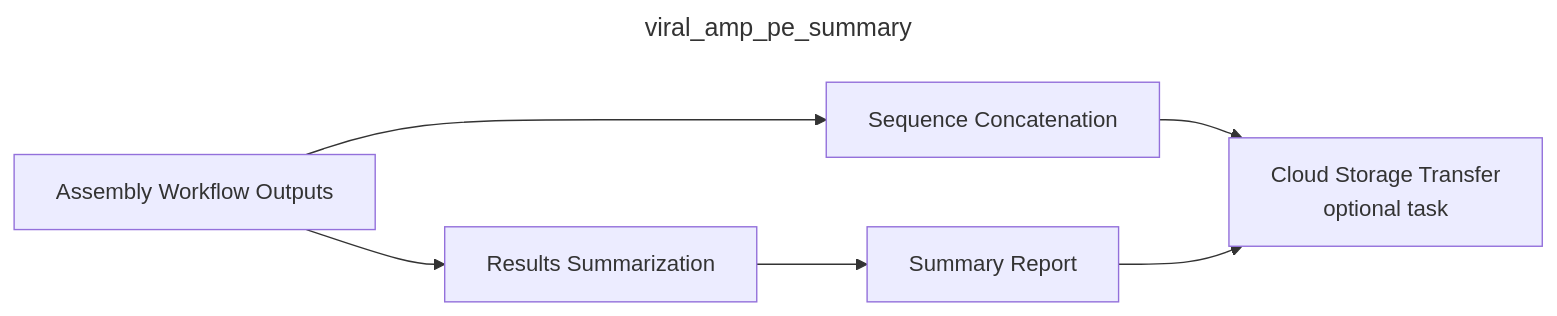
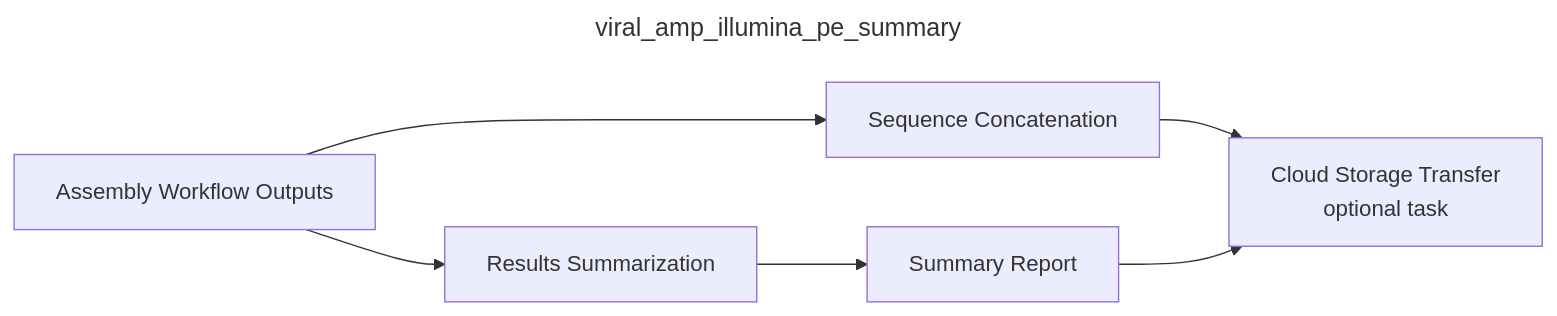
The second of 3 diagrams in README.md (CDPHE-bioinformatics/CDPHE-Viral-Amplicon-WDL), drawn with Mermaid before and after one commit.

````diff
--- a/README.md
+++ b/README.md
@@ -45,10 +45,10 @@
 ```mermaid
 ---
-title: viral_amp_pe_summary
+title: viral_amp_illumina_pe_summary
 ---
 graph LR
     A[Assembly Workflow Outputs] --> B[Sequence Concatenation]
     A --> C[Results Summarization]
     C --> D[Summary Report]
     B & D --> E[Cloud Storage Transfer<br/>optional task]
 ```
````
